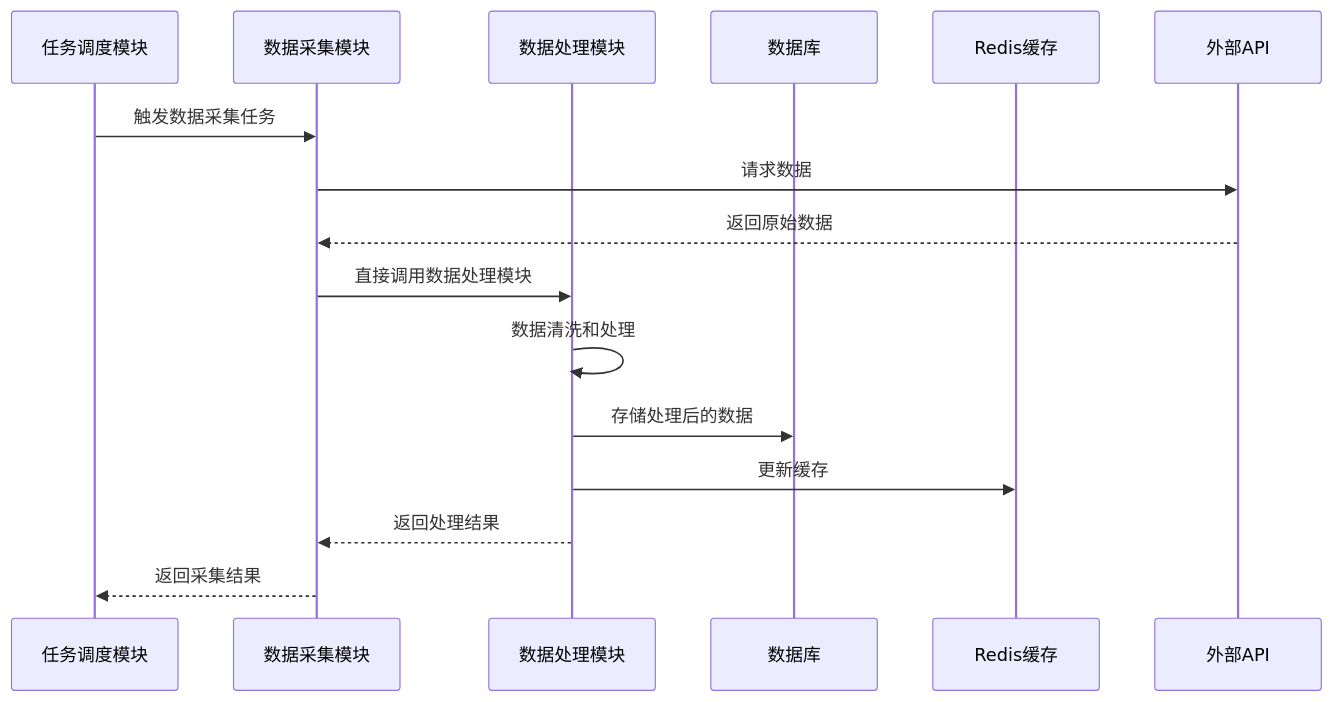
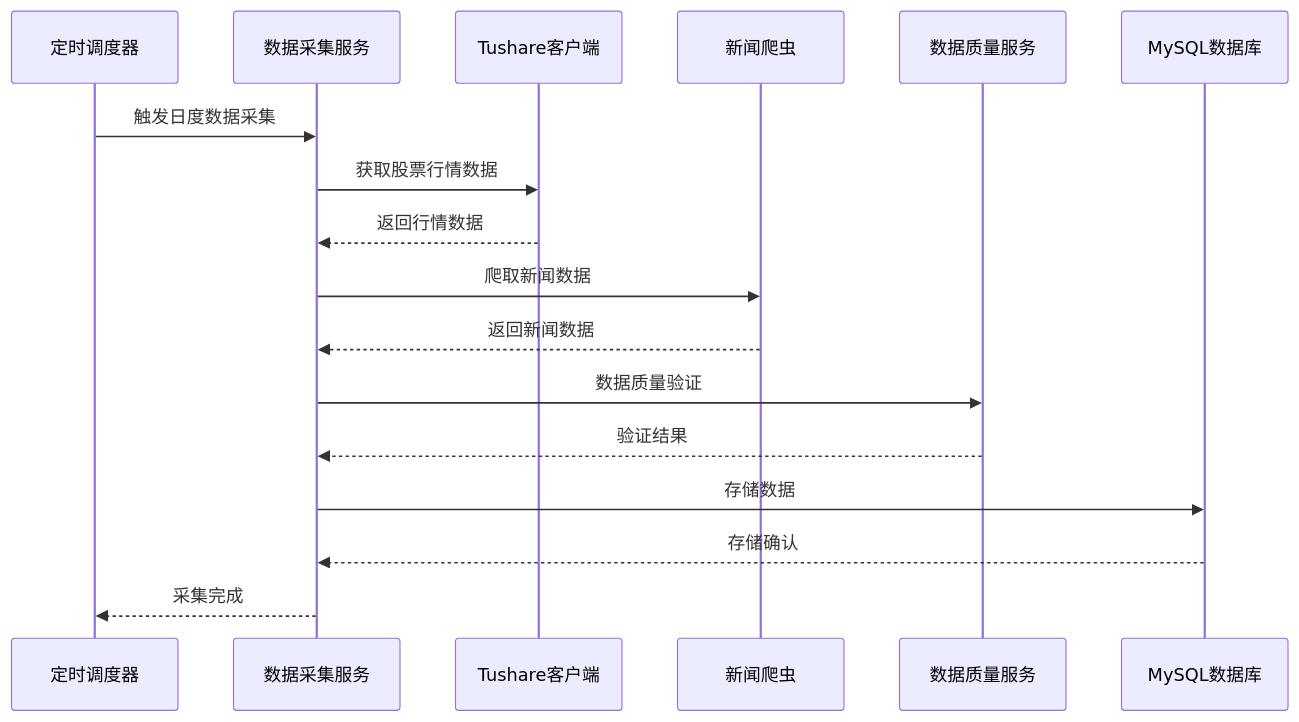
Before and after one commit to Casper-Mars/trading: the fifth of 7 diagrams in .trae/documents/data_system_design_backend.md, drawn with Mermaid. The commit also changed other lines of this file and 1 other file, not shown here.

````diff
--- a/.trae/documents/data_system_design_backend.md
+++ b/.trae/documents/data_system_design_backend.md
@@ -411,18 +637,20 @@
 ```mermaid
 sequenceDiagram
-    participant TS as 任务调度模块
-    participant DC as 数据采集模块
-    participant DP as 数据处理模块
-    participant DB as 数据库
-    participant Cache as Redis缓存
+    participant S as 定时调度器
+    participant CS as 数据采集服务
+    participant TC as Tushare客户端
+    participant NS as 新闻爬虫
+    participant QS as 数据质量服务
+    participant DB as MySQL数据库
     
-    TS->>DC: 触发数据采集任务
-    DC->>外部API: 请求数据
-    外部API-->>DC: 返回原始数据
-    DC->>DP: 直接调用数据处理模块
-    DP->>DP: 数据清洗和处理
-    DP->>DB: 存储处理后的数据
-    DP->>Cache: 更新缓存
-    DP-->>DC: 返回处理结果
-    DC-->>TS: 返回采集结果
+    S->>CS: 触发日度数据采集
+    CS->>TC: 获取股票行情数据
+    TC-->>CS: 返回行情数据
+    CS->>NS: 爬取新闻数据
+    NS-->>CS: 返回新闻数据
+    CS->>QS: 数据质量验证
+    QS-->>CS: 验证结果
+    CS->>DB: 存储数据
+    DB-->>CS: 存储确认
+    CS-->>S: 采集完成
 ```
````
